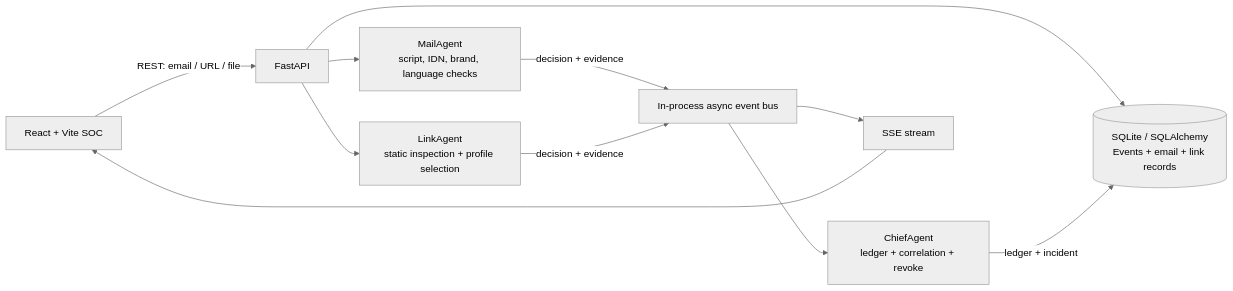
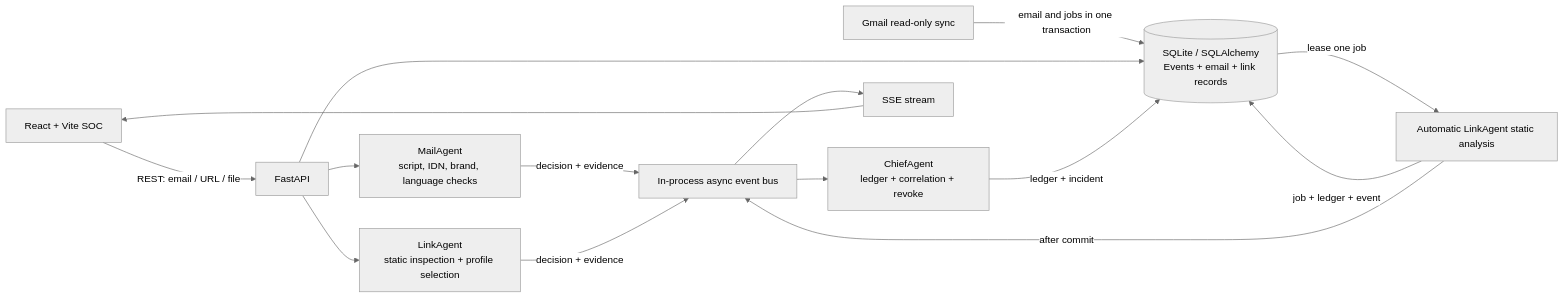
The diagram in ARCHITECTURE.md (Suharsh-Raj/sentinelmesh), drawn with Mermaid (neutral theme) before and after one commit. The commit also changed other lines of this file and 14 other files, not shown here.

Commit message:
Add offline LinkAgent scans for new Gmail mail

````diff
--- a/ARCHITECTURE.md
+++ b/ARCHITECTURE.md
@@ -5,13 +5,17 @@
 ```mermaid
 flowchart LR
   UI[React + Vite SOC] -->|REST: email / URL / file| API[FastAPI]
   API --> MA[MailAgent\nscript, IDN, brand, language checks]
   API --> LA[LinkAgent\nstatic inspection + profile selection]
   MA -->|decision + evidence| BUS[In-process async event bus]
   LA -->|decision + evidence| BUS
   BUS --> CA[ChiefAgent\nledger + correlation + revoke]
+  GS[Gmail read-only sync] -->|email and jobs in one transaction| DB
+  DB -->|lease one job| LS[Automatic LinkAgent static analysis]
+  LS -->|job + ledger + event| DB
+  LS -->|after commit| BUS
   BUS --> SSE[SSE stream]
   SSE --> UI
   API --> DB[(SQLite / SQLAlchemy\nEvents + email + link records)]
   CA -->|ledger + incident| DB
 ```
````
